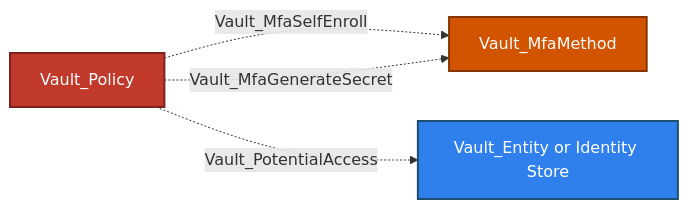
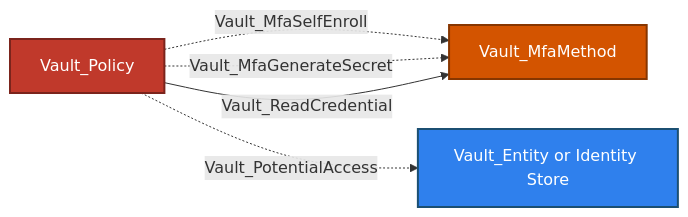
One commit to bytewreck/opengraph-vault changed the tenth of 13 diagrams in Documentation/stores/IDENTITY.md. Above: the diagram before and after it, drawn with Mermaid. The commit also changed other lines of this file and 6 other files, not shown here.

````diff
--- a/Documentation/stores/IDENTITY.md
+++ b/Documentation/stores/IDENTITY.md
@@ -579,10 +538,11 @@
 ```mermaid
 flowchart LR
     policy[Vault_Policy]:::policyNode -.->|Vault_MfaSelfEnroll| method[Vault_MfaMethod]:::mfaMethodNode
     policy -.->|Vault_MfaGenerateSecret| method
+    policy -->|Vault_ReadCredential| method
     policy -.->|Vault_PotentialAccess| entity[Vault_Entity or Identity Store]:::identityNode
 
     classDef policyNode fill:#C0392B,color:#fff,stroke:#7B241C,stroke-width:2px
     classDef mfaMethodNode fill:#D35400,color:#fff,stroke:#873600,stroke-width:2px
     classDef identityNode fill:#2F80ED,color:#fff,stroke:#1B4F72,stroke-width:2px
 ```
````
